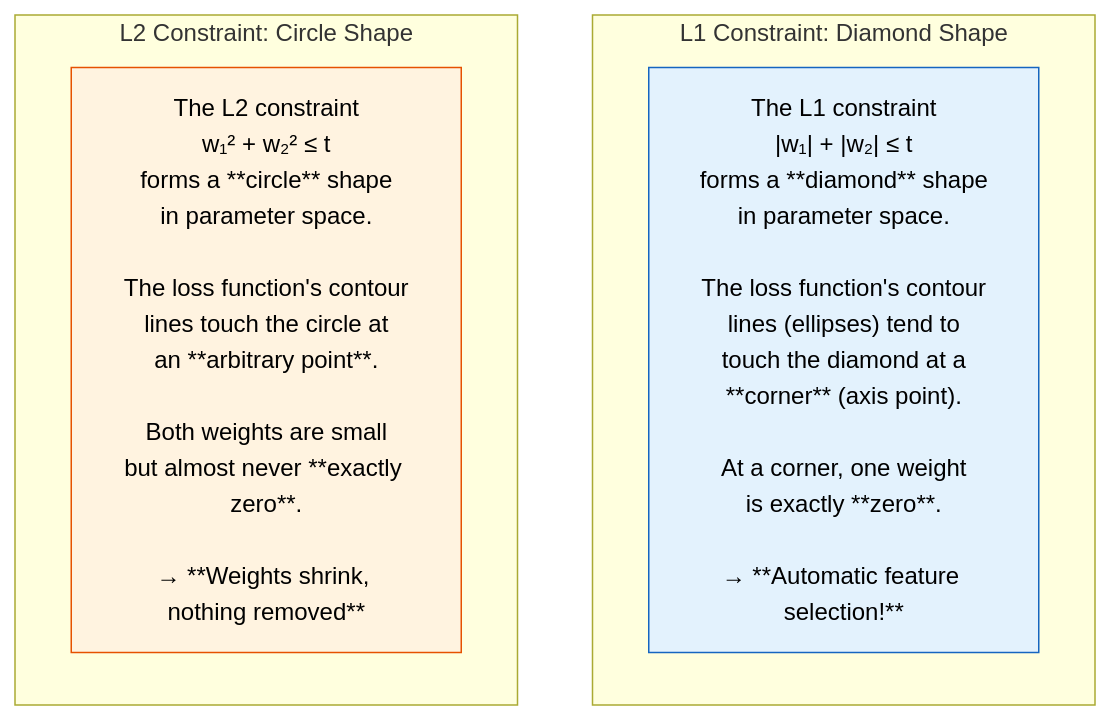
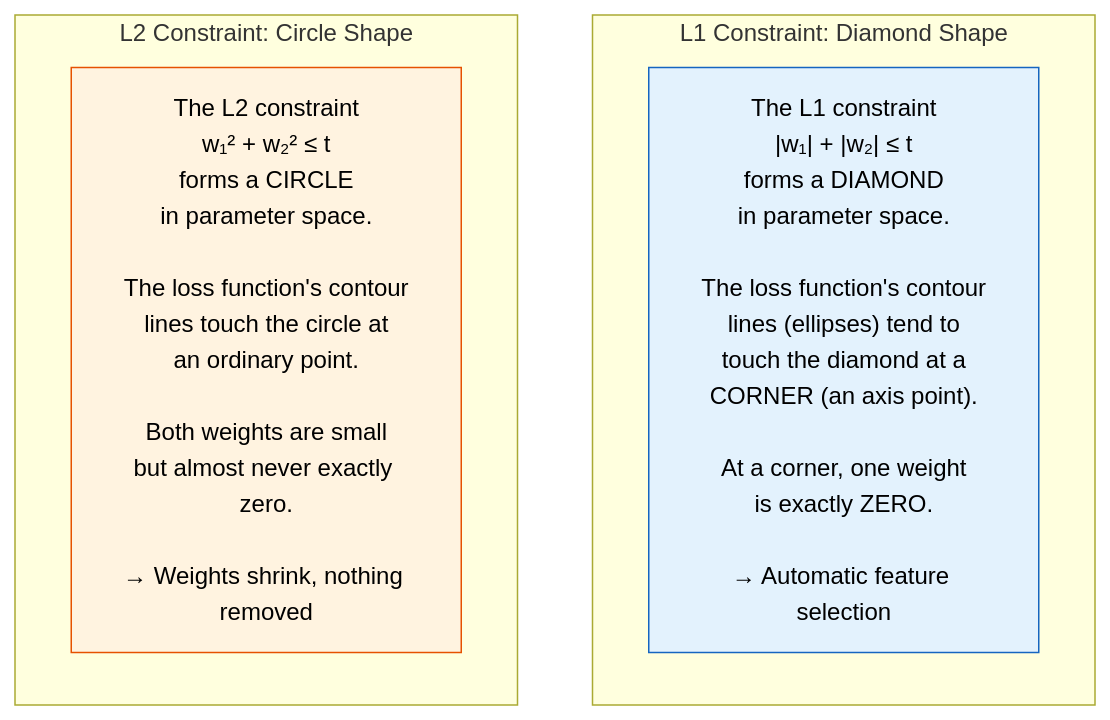
The tenth of 47 diagrams in content/34_google_top10_ml_interview.md (Hmago/ml4), drawn with Mermaid before and after one commit. The commit also changed other lines of this file and 59 other files, not shown here.

````diff
--- a/content/34_google_top10_ml_interview.md
+++ b/content/34_google_top10_ml_interview.md
@@ -615,13 +787,13 @@
 ```mermaid
 graph TD
     subgraph "L1 Constraint: Diamond Shape"
-        L1["The L1 constraint<br/>|w₁| + |w₂| ≤ t<br/>forms a **diamond** shape<br/>in parameter space.<br/><br/>The loss function's contour<br/>lines (ellipses) tend to<br/>touch the diamond at a<br/>**corner** (axis point).<br/><br/>At a corner, one weight<br/>is exactly **zero**.<br/><br/>→ **Automatic feature selection!**"]
+        L1["The L1 constraint<br/>|w₁| + |w₂| ≤ t<br/>forms a DIAMOND<br/>in parameter space.<br/><br/>The loss function's contour<br/>lines (ellipses) tend to<br/>touch the diamond at a<br/>CORNER (an axis point).<br/><br/>At a corner, one weight<br/>is exactly ZERO.<br/><br/>→ Automatic feature selection"]
     end
 
     subgraph "L2 Constraint: Circle Shape"
-        L2["The L2 constraint<br/>w₁² + w₂² ≤ t<br/>forms a **circle** shape<br/>in parameter space.<br/><br/>The loss function's contour<br/>lines touch the circle at<br/>an **arbitrary point**.<br/><br/>Both weights are small<br/>but almost never **exactly zero**.<br/><br/>→ **Weights shrink, nothing removed**"]
+        L2["The L2 constraint<br/>w₁² + w₂² ≤ t<br/>forms a CIRCLE<br/>in parameter space.<br/><br/>The loss function's contour<br/>lines touch the circle at<br/>an ordinary point.<br/><br/>Both weights are small<br/>but almost never exactly zero.<br/><br/>→ Weights shrink, nothing removed"]
     end
 
     style L1 fill:#e3f2fd,stroke:#1565c0,color:#000
     style L2 fill:#fff3e0,stroke:#e65100,color:#000
 ```
````
